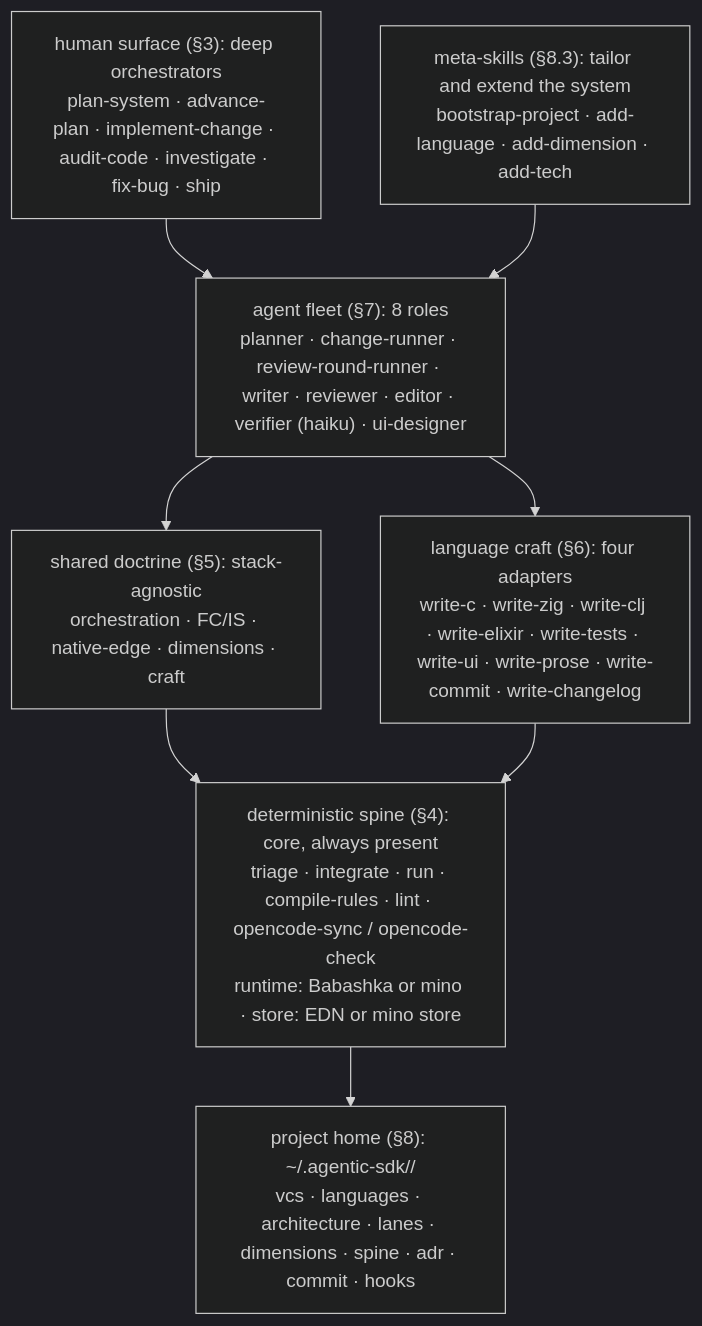
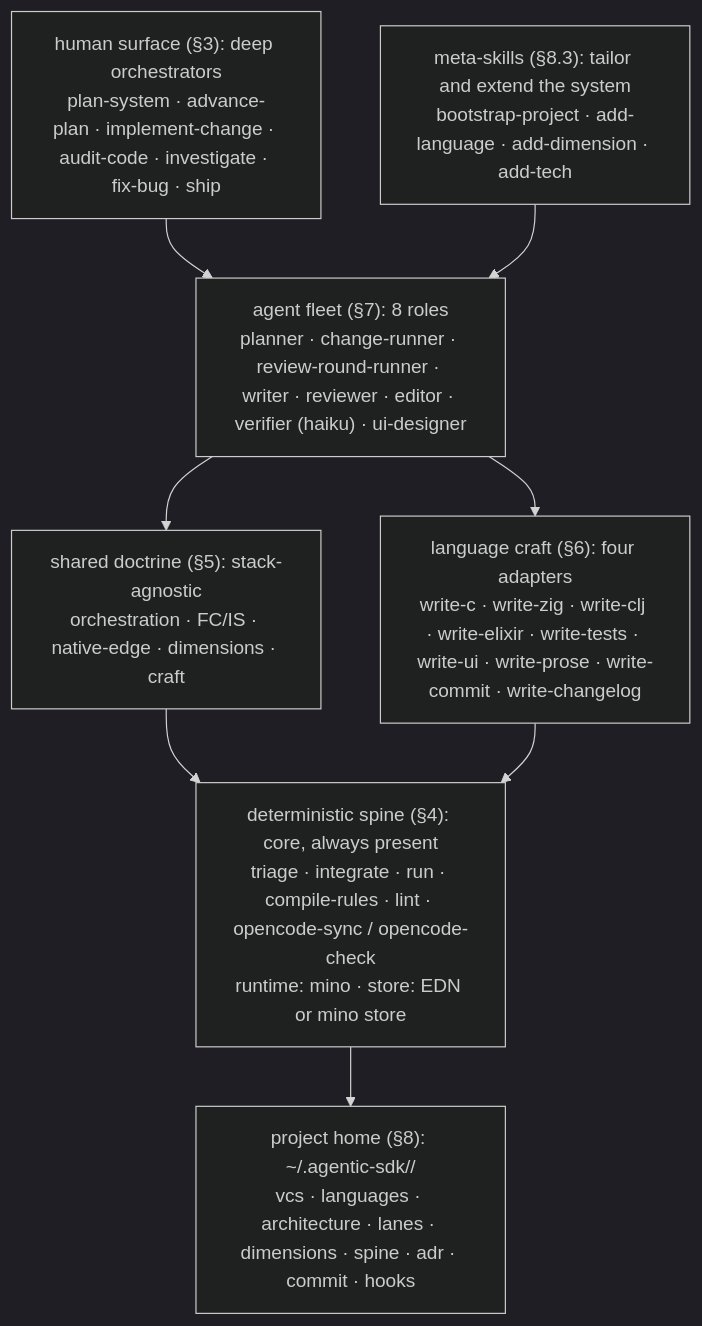
The diagram in docs/design.md (leifericf/agentic-sdk), drawn with Mermaid (dark theme) before and after one commit. The commit also changed other lines of this file and 23 other files, not shown here.

Commit message:
Refactor: Drop Babashka for a mino-only spine

````diff
--- a/docs/design.md
+++ b/docs/design.md
@@ -57,15 +56,15 @@
 ```mermaid
 flowchart TD
   EP["human surface (§3): deep orchestrators<br/>plan-system · advance-plan · implement-change · audit-code · investigate · fix-bug · ship"]
   MS["meta-skills (§8.3): tailor and extend the system<br/>bootstrap-project · add-language · add-dimension · add-tech"]
   AG["agent fleet (§7): 8 roles<br/>planner · change-runner · review-round-runner · writer · reviewer · editor · verifier (haiku) · ui-designer"]
   SD["shared doctrine (§5): stack-agnostic<br/>orchestration · FC/IS · native-edge · dimensions · craft"]
   LC["language craft (§6): four adapters<br/>write-c · write-zig · write-clj · write-elixir · write-tests · write-ui · write-prose · write-commit · write-changelog"]
-  SP["deterministic spine (§4): core, always present<br/>triage · integrate · run · compile-rules · lint · opencode-sync / opencode-check<br/>runtime: Babashka or mino · store: EDN or mino store"]
+  SP["deterministic spine (§4): core, always present<br/>triage · integrate · run · compile-rules · lint · opencode-sync / opencode-check<br/>runtime: mino · store: EDN or mino store"]
   PD["project home (§8): ~/.agentic-sdk/<project>/<br/>vcs · languages · architecture · lanes · dimensions · spine · adr · commit · hooks"]
   EP --> AG
   MS --> AG
   AG --> SD & LC
   SD & LC --> SP
   SP --> PD
 ```
````
